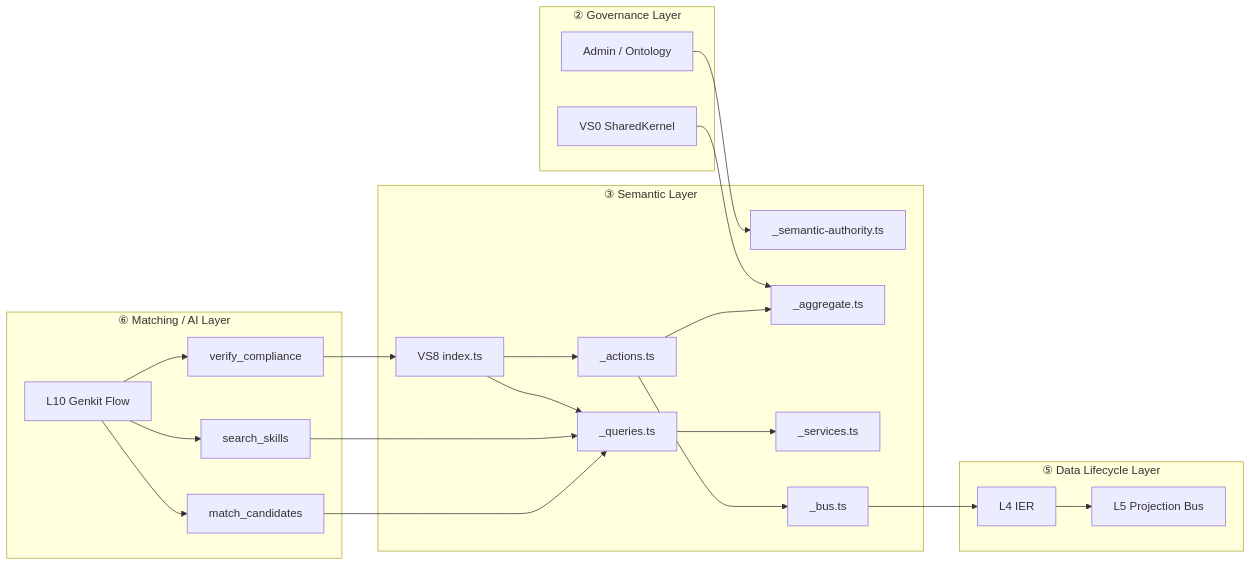
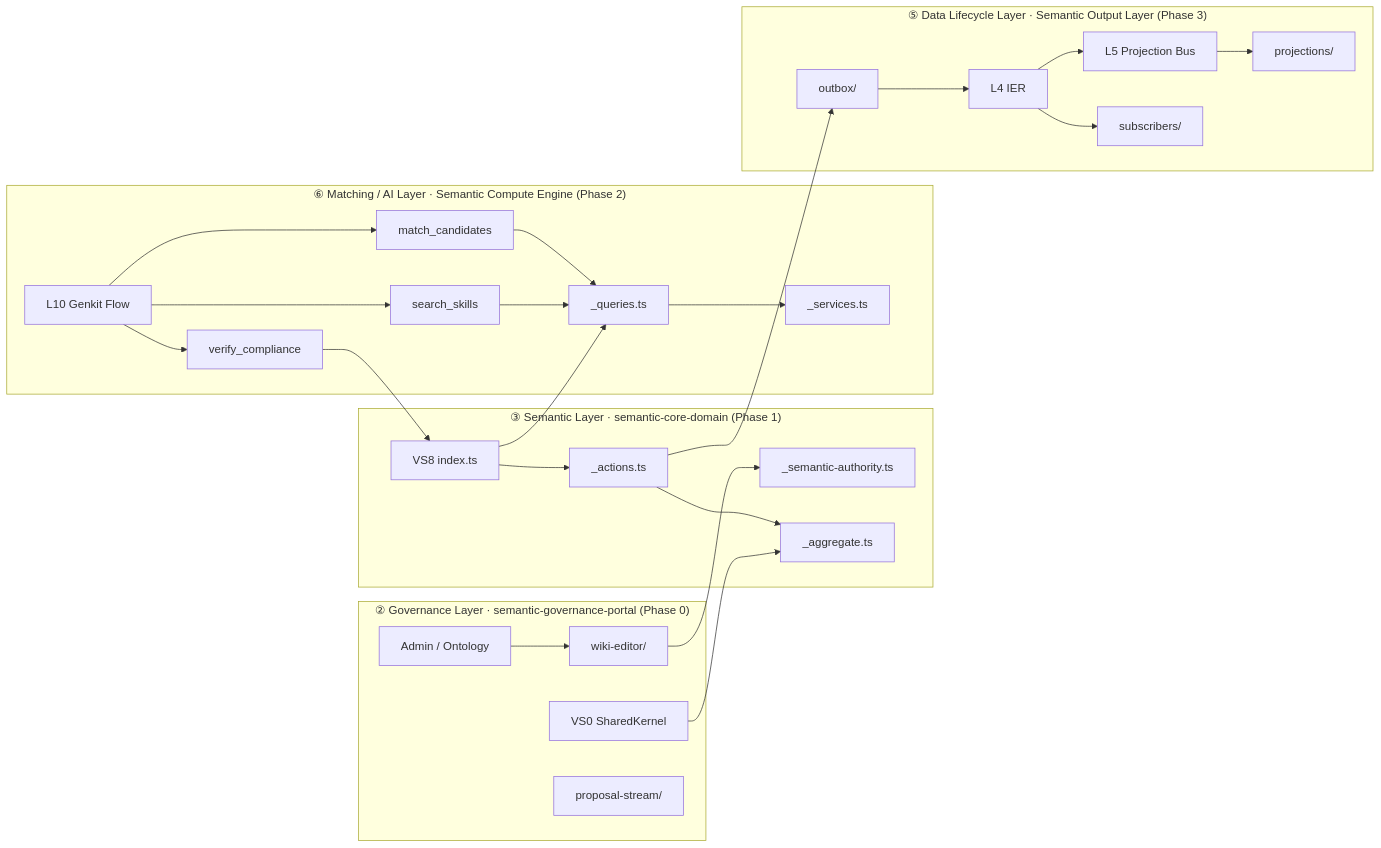
Before and after one commit to 7Spade/Xuanwu: the second of 3 diagrams in docs/architecture/01-logical-flow.md, drawn with Mermaid. The commit also changed other lines of this file and 3 other files, not shown here.

````diff
--- a/docs/architecture/01-logical-flow.md
+++ b/docs/architecture/01-logical-flow.md
@@ -122,40 +122,46 @@
 ```mermaid
 flowchart LR
-    subgraph GOV["② Governance Layer"]
+    subgraph GOV["② Governance Layer · semantic-governance-portal (Phase 0)"]
         Admin[Admin / Ontology]
         VS0[VS0 SharedKernel]
+        WikiEd[wiki-editor/]
+        PropS[proposal-stream/]
     end
 
-    subgraph SEM["③ Semantic Layer"]
+    subgraph CORE["③ Semantic Layer · semantic-core-domain (Phase 1)"]
         API[VS8 index.ts]
         Auth[_semantic-authority.ts]
         Agg[_aggregate.ts]
         Act[_actions.ts]
-        Qry[_queries.ts]
-        Svc[_services.ts]
-        Bus[_bus.ts]
     end
 
-    subgraph DL["⑤ Data Lifecycle Layer"]
-        IER[L4 IER]
-        PB[L5 Projection Bus]
-    end
-
-    subgraph AI["⑥ Matching / AI Layer"]
+    subgraph SCE["⑥ Matching / AI Layer · Semantic Compute Engine (Phase 2)"]
         Flow[L10 Genkit Flow]
         ToolS[search_skills]
         ToolM[match_candidates]
         ToolV[verify_compliance]
+        Qry[_queries.ts]
+        Svc[_services.ts]
     end
 
-    Admin --> Auth
+    subgraph SOL["⑤ Data Lifecycle Layer · Semantic Output Layer (Phase 3)"]
+        IER[L4 IER]
+        PB[L5 Projection Bus]
+        Outbox[outbox/]
+        Sub[subscribers/]
+        Proj[projections/]
+    end
+
+    Admin --> WikiEd --> Auth
     VS0 --> Agg
     API --> Act
     API --> Qry
     Act --> Agg
     Qry --> Svc
     Flow --> ToolS --> Qry
     Flow --> ToolM --> Qry
     Flow --> ToolV --> API
-    Act --> Bus --> IER --> PB
+    Act --> Outbox --> IER --> PB
+    IER --> Sub
+    PB --> Proj
 ```
````
